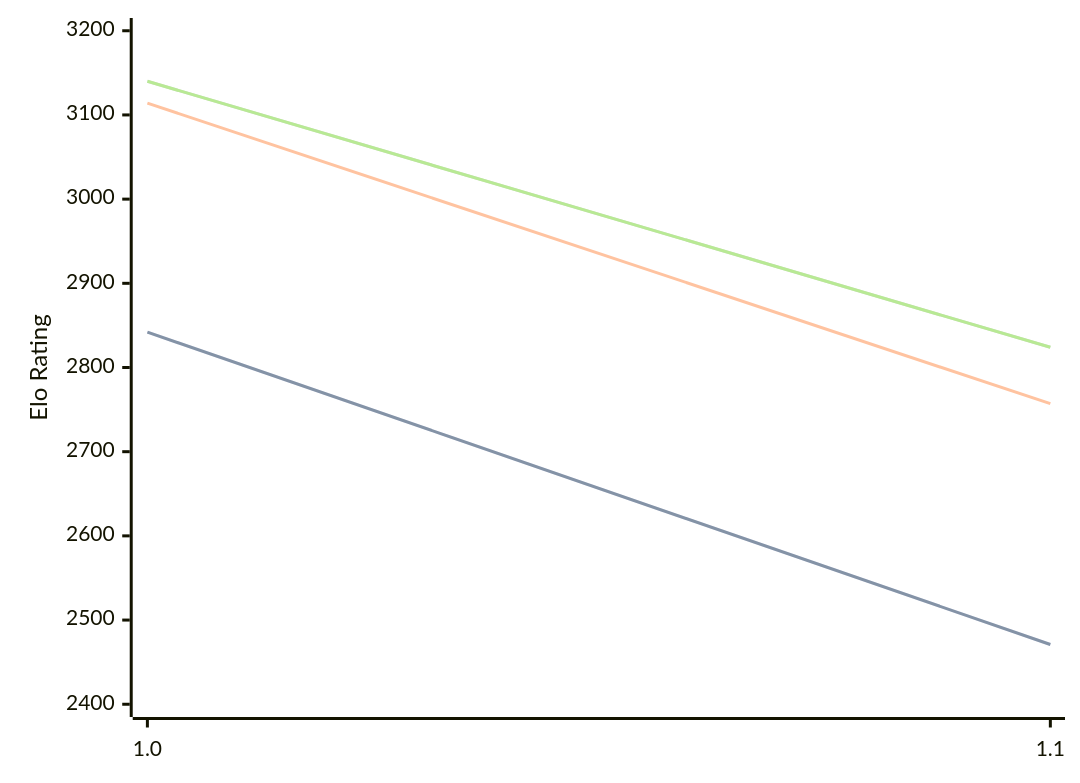
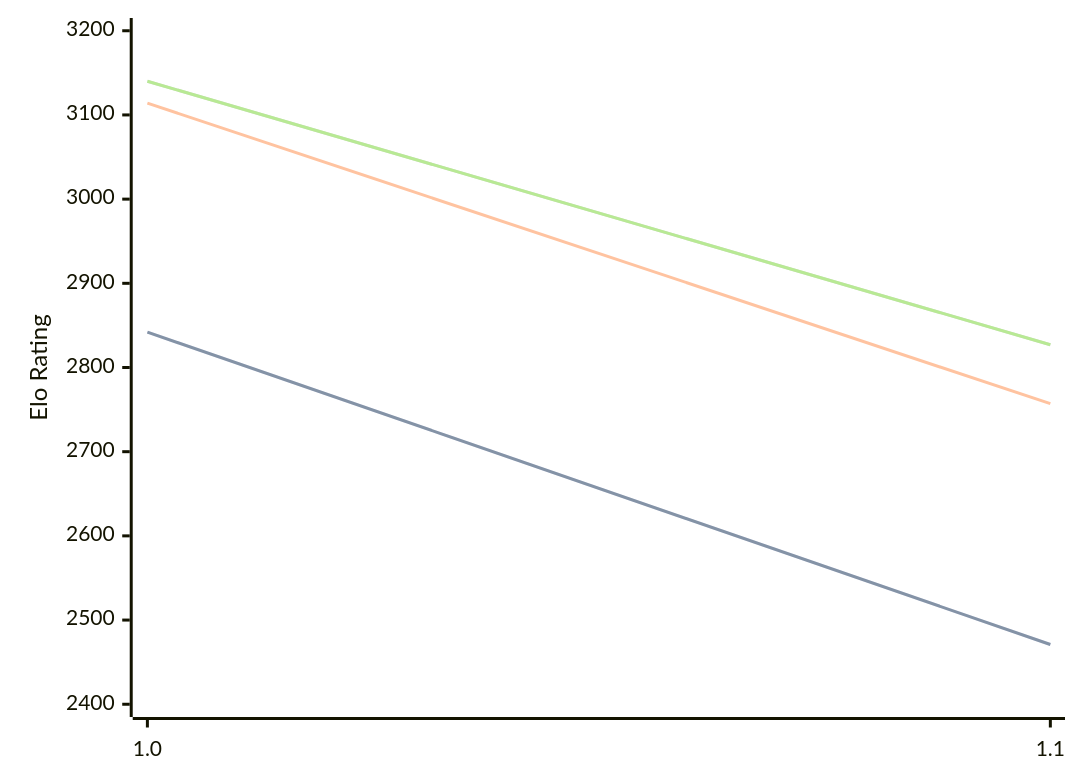
The diagram in engines/Publius.md (computer-chess-index/cci), drawn with Mermaid before and after one commit. The commit also changed other lines of this file, not shown here.

Commit message:
Update CCI Ratings (ELO VLTC) - 2026-10-03

````diff
--- a/engines/Publius.md
+++ b/engines/Publius.md
@@ -32,11 +32,11 @@
 ```mermaid
 %%{init: {"theme":"base","themeVariables":{"seriesColors:['#a3a3a3','#222221','#faa371']}}}%%
 xychart-beta
   x-axis ["1.0", "1.1"]
   y-axis "Elo Rating" 2400 --> 3200
   line "" [2842, 2471]
   line "STC (8.0+0.08s)" [2842, 2471]
   line "LTC (60.0+0.60s)" [3114, 2757]
-  line "" [3140, 2824]
-  line "VLTC (2m24s+1.12s)" [3140, 2824]
+  line "" [3140, 2827]
+  line "VLTC (2m24s+1.12s)" [3140, 2827]
 ```
````
